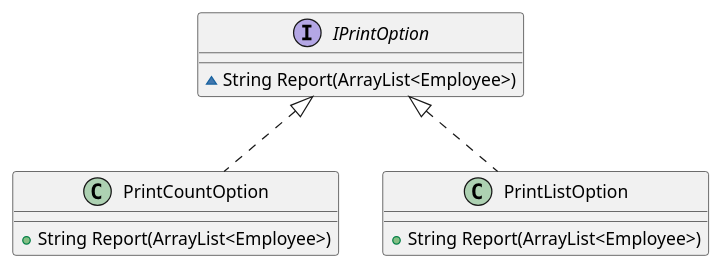
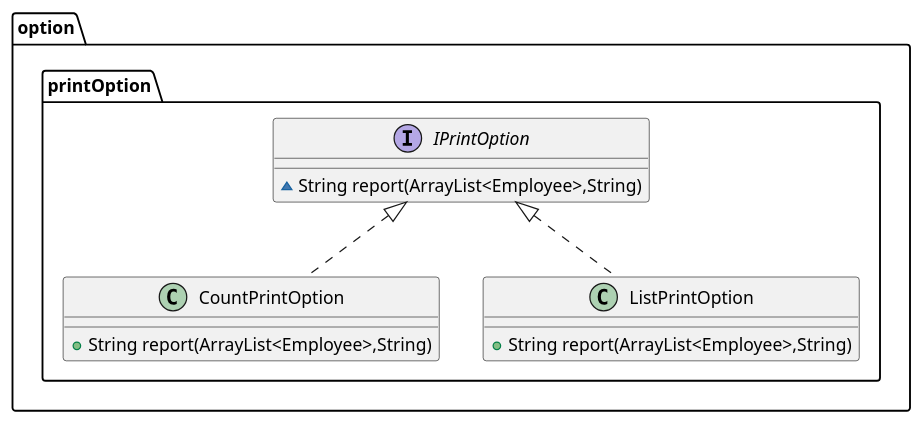
Before and after one commit to heew-choi/among-us: the diagram in doc/PrintOption.puml, drawn with PlantUML. The commit also changed 1 other file, not shown here.

Commit message:
[Fix] Option: 변경 내용 UML에 반영
PlantUML Parser를 이용한 자동 생성

```diff
--- a/doc/PrintOption.puml
+++ b/doc/PrintOption.puml
@@ -1,15 +1,15 @@
 @startuml
-interface IPrintOption {
-~ String Report(ArrayList<Employee>)
+class option.printOption.CountPrintOption {
++ String report(ArrayList<Employee>,String)
 }
-class PrintCountOption {
-+ String Report(ArrayList<Employee>)
+class option.printOption.ListPrintOption {
++ String report(ArrayList<Employee>,String)
 }
-class PrintListOption {
-+ String Report(ArrayList<Employee>)
+interface option.printOption.IPrintOption {
+~ String report(ArrayList<Employee>,String)
 }
 
 
-IPrintOption <|.. PrintCountOption
-IPrintOption <|.. PrintListOption
+option.printOption.IPrintOption <|.. option.printOption.CountPrintOption
+option.printOption.IPrintOption <|.. option.printOption.ListPrintOption
 @enduml
```
